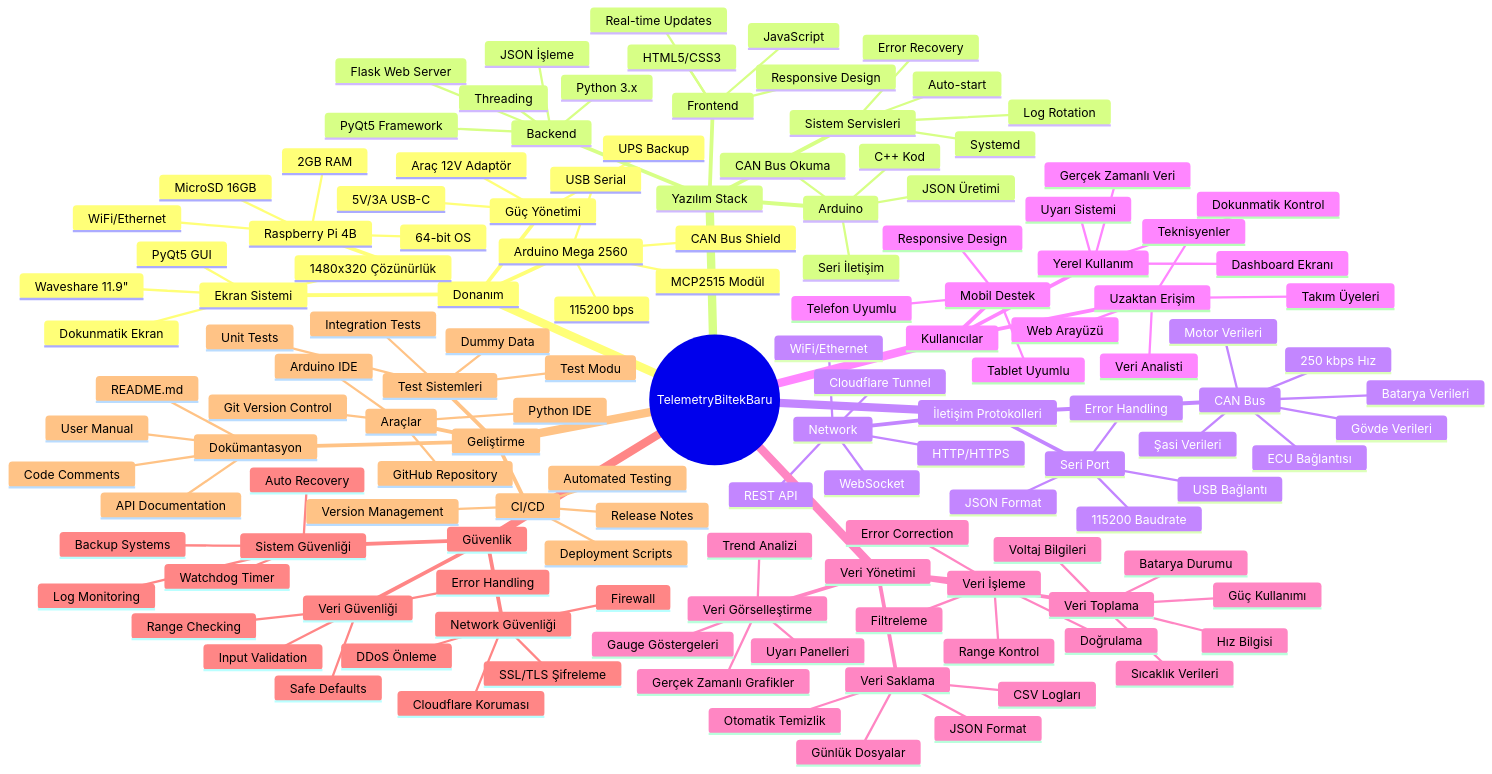
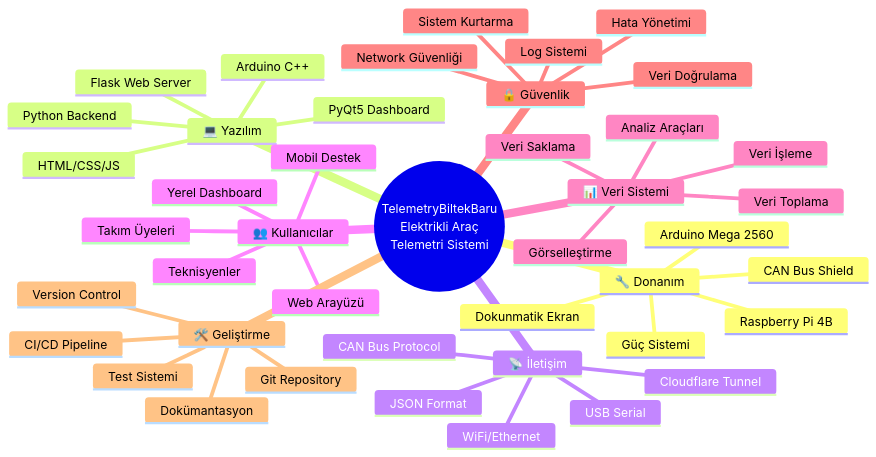
Before and after one commit to efekannn5/TelemetryBiltekBaru: the second of 2 diagrams in README.md, drawn with Mermaid. The commit also changed other lines of this file, not shown here.

````diff
--- a/README.md
+++ b/README.md
@@ -101,145 +101,52 @@
 ```mermaid
 mindmap
-  root((TelemetryBiltekBaru))
-    Donanım
+  root((TelemetryBiltekBaru<br/>Elektrikli Araç<br/>Telemetri Sistemi))
+    🔧 Donanım
       Raspberry Pi 4B
-        2GB RAM
-        64-bit OS
-        MicroSD 16GB
-        WiFi/Ethernet
       Arduino Mega 2560
-        CAN Bus Shield
-        MCP2515 Modül
-        USB Serial
-        115200 bps
-      Ekran Sistemi
-        Waveshare 11.9"
-        1480x320 Çözünürlük
-        Dokunmatik Ekran
-        PyQt5 GUI
-      Güç Yönetimi
-        5V/3A USB-C
-        Araç 12V Adaptör
-        UPS Backup
+      CAN Bus Shield
+      Dokunmatik Ekran
+      Güç Sistemi
     
-    Yazılım Stack
-      Backend
-        Python 3.x
-        PyQt5 Framework
-        Flask Web Server
-        Threading
-        JSON İşleme
-      Frontend
-        HTML5/CSS3
-        JavaScript
-        Responsive Design
-        Real-time Updates
-      Arduino
-        C++ Kod
-        CAN Bus Okuma
-        JSON Üretimi
-        Seri İletişim
-      Sistem Servisleri
-        Systemd
-        Auto-start
-        Log Rotation
-        Error Recovery
+    💻 Yazılım
+      Python Backend
+      PyQt5 Dashboard  
+      Flask Web Server
+      Arduino C++
+      HTML/CSS/JS
     
-    İletişim Protokolleri
-      CAN Bus
-        250 kbps Hız
-        ECU Bağlantısı
-        Motor Verileri
-        Batarya Verileri
-        Şasi Verileri
-        Gövde Verileri
-      Seri Port
-        USB Bağlantı
-        115200 Baudrate
-        JSON Format
-        Error Handling
-      Network
-        WiFi/Ethernet
-        HTTP/HTTPS
-        WebSocket
-        REST API
-        Cloudflare Tunnel
+    📡 İletişim
+      CAN Bus Protocol
+      USB Serial
+      WiFi/Ethernet
+      Cloudflare Tunnel
+      JSON Format
     
-    Kullanıcılar
-      Yerel Kullanım
-        Dashboard Ekranı
-        Gerçek Zamanlı Veri
-        Dokunmatik Kontrol
-        Uyarı Sistemi
-      Uzaktan Erişim
-        Web Arayüzü
-        Takım Üyeleri
-        Teknisyenler
-        Veri Analisti
+    👥 Kullanıcılar
+      Yerel Dashboard
+      Web Arayüzü
+      Takım Üyeleri
+      Teknisyenler
       Mobil Destek
-        Responsive Design
-        Tablet Uyumlu
-        Telefon Uyumlu
     
-    Veri Yönetimi
+    📊 Veri Sistemi
       Veri Toplama
-        Hız Bilgisi
-        Batarya Durumu
-        Sıcaklık Verileri
-        Güç Kullanımı
-        Voltaj Bilgileri
       Veri İşleme
-        Doğrulama
-        Filtreleme
-        Range Kontrol
-        Error Correction
       Veri Saklama
-        CSV Logları
-        JSON Format
-        Günlük Dosyalar
-        Otomatik Temizlik
-      Veri Görselleştirme
-        Gerçek Zamanlı Grafikler
-        Gauge Göstergeleri
-        Uyarı Panelleri
-        Trend Analizi
+      Görselleştirme
+      Analiz Araçları
     
-    Güvenlik
+    🔒 Güvenlik
       Network Güvenliği
-        SSL/TLS Şifreleme
-        Cloudflare Koruması
-        DDoS Önleme
-        Firewall
-      Veri Güvenliği
-        Input Validation
-        Range Checking
-        Error Handling
-        Safe Defaults
-      Sistem Güvenliği
-        Auto Recovery
-        Watchdog Timer
-        Backup Systems
-        Log Monitoring
+      Veri Doğrulama
+      Hata Yönetimi
+      Sistem Kurtarma
+      Log Sistemi
     
-    Geliştirme
-      Araçlar
-        Git Version Control
-        Arduino IDE
-        Python IDE
-        GitHub Repository
-      Test Sistemleri
-        Test Modu
-        Dummy Data
-        Unit Tests
-        Integration Tests
+    🛠️ Geliştirme
+      Git Repository
+      Test Sistemi
       Dokümantasyon
-        README.md
-        Code Comments
-        API Documentation
-        User Manual
-      CI/CD
-        Automated Testing
-        Deployment Scripts
-        Version Management
-        Release Notes
+      CI/CD Pipeline
+      Version Control
 ```
````
